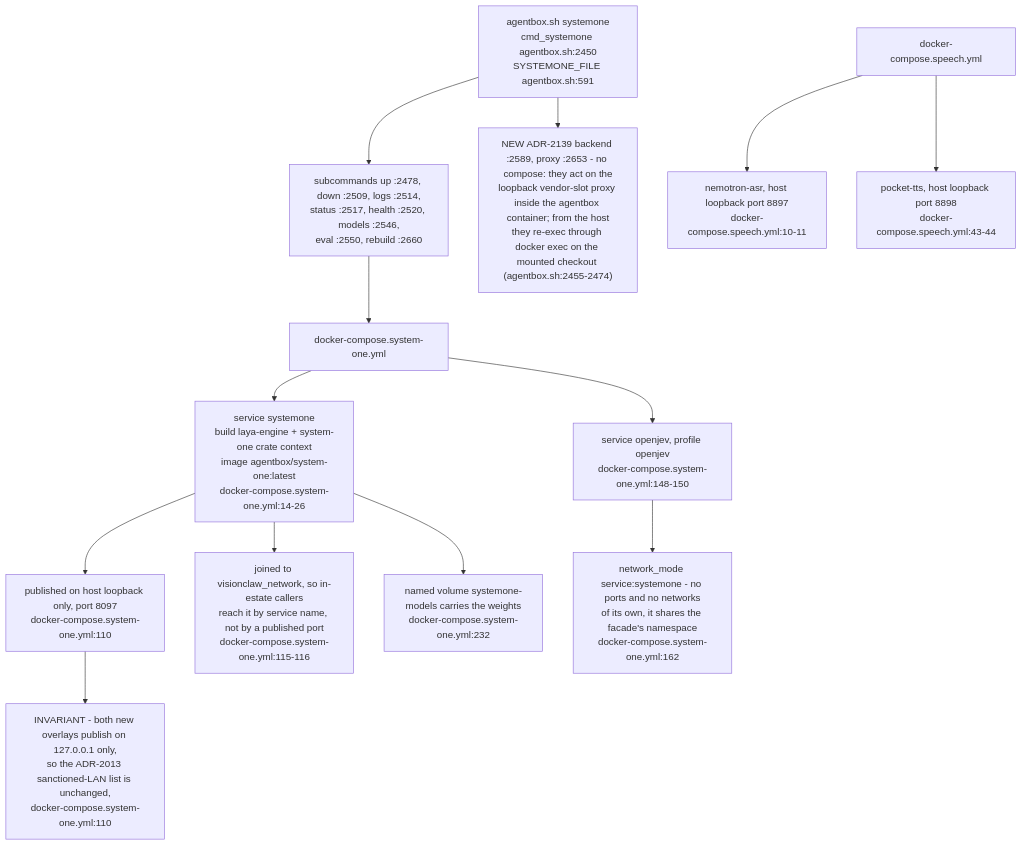
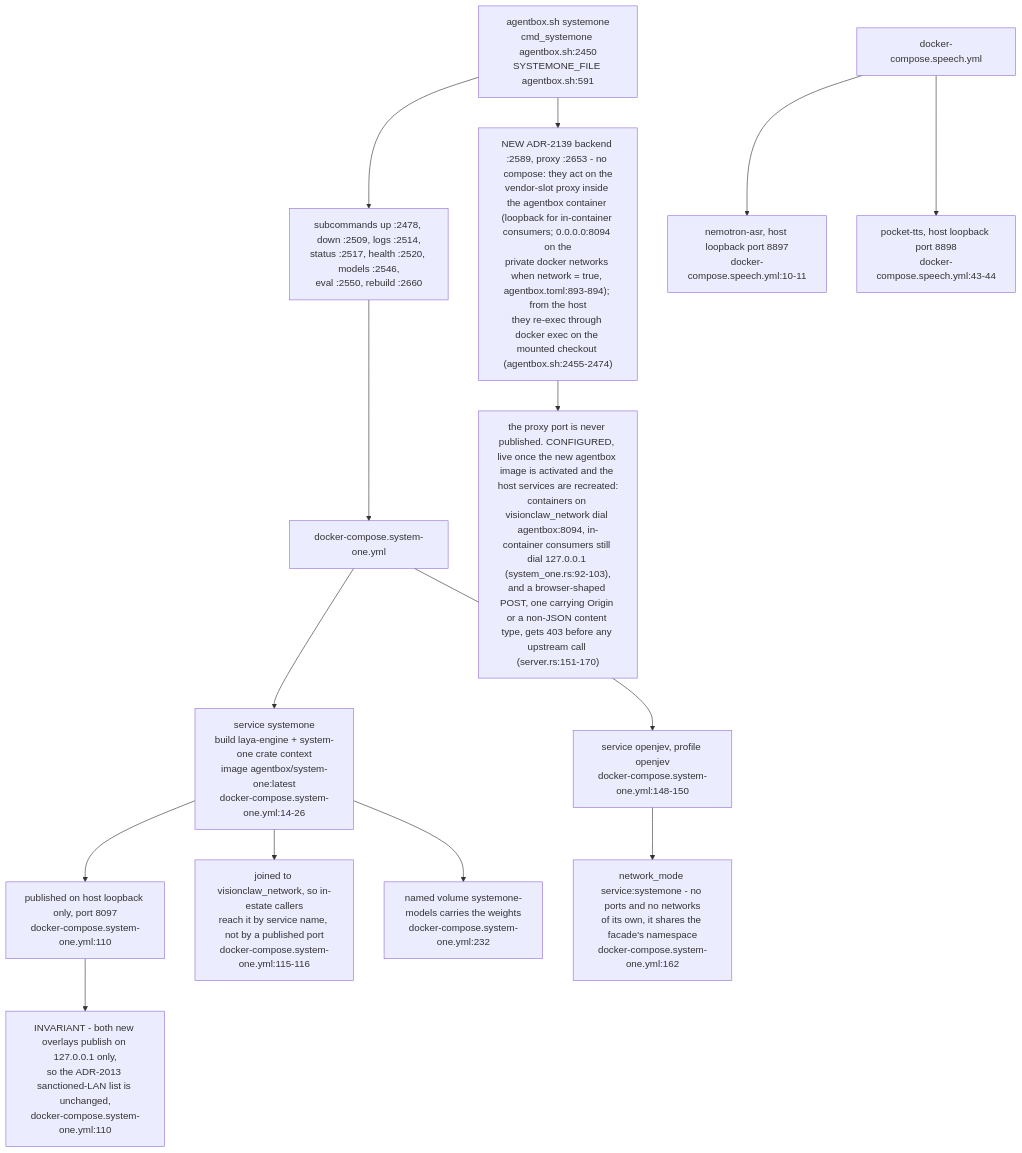
One commit to DreamLab-AI/VisionFlow changed the tenth of 14 diagrams in docs/diagrams/agentbox/06-sidecars-and-compose-overlays.md. Above: the diagram before and after it, drawn with Mermaid. The commit also changed other lines of this file and 142 other files, not shown here.

First line of the commit message:
docs(diagrams): one System One route; re-verify 140 topics at today's heads

````diff
--- a/docs/diagrams/agentbox/06-sidecars-and-compose-overlays.md
+++ b/docs/diagrams/agentbox/06-sidecars-and-compose-overlays.md
@@ -294,19 +297,20 @@
 ```mermaid
 flowchart TB
     CLI["agentbox.sh systemone<br/>cmd_systemone agentbox.sh:2450<br/>SYSTEMONE_FILE agentbox.sh:591"] --> SUB["subcommands up :2478, down :2509, logs :2514,<br/>status :2517, health :2520, models :2546,<br/>eval :2550, rebuild :2660"]
-    CLI --> VEND["NEW ADR-2139 backend :2589, proxy :2653 - no compose: they act on the<br/>loopback vendor-slot proxy inside the agentbox container; from the host<br/>they re-exec through docker exec on the mounted checkout (agentbox.sh:2455-2474)"]
+    CLI --> VEND["NEW ADR-2139 backend :2589, proxy :2653 - no compose: they act on the<br/>vendor-slot proxy inside the agentbox container (loopback for in-container consumers; 0.0.0.0:8094 on the<br/>private docker networks when network = true, agentbox.toml:893-894); from the host<br/>they re-exec through docker exec on the mounted checkout (agentbox.sh:2455-2474)"]
     SUB --> COMPOSE["docker-compose.system-one.yml"]
 
     COMPOSE --> FACADE["service systemone<br/>build laya-engine + system-one crate context<br/>image agentbox/system-one:latest<br/>docker-compose.system-one.yml:14-26"]
     FACADE --> PUB["published on host loopback only, port 8097<br/>docker-compose.system-one.yml:110"]
     FACADE --> NET["joined to visionclaw_network, so in-estate callers<br/>reach it by service name, not by a published port<br/>docker-compose.system-one.yml:115-116"]
     FACADE --> VOL["named volume systemone-models carries the weights<br/>docker-compose.system-one.yml:232"]
 
     COMPOSE --> ENGINE["service openjev, profile openjev<br/>docker-compose.system-one.yml:148-150"]
     ENGINE --> NM["network_mode service:systemone - no ports and no networks<br/>of its own, it shares the facade's namespace<br/>docker-compose.system-one.yml:162"]
 
     SPEECH["docker-compose.speech.yml"] --> ASR["nemotron-asr, host loopback port 8897<br/>docker-compose.speech.yml:10-11"]
     SPEECH --> TTS["pocket-tts, host loopback port 8898<br/>docker-compose.speech.yml:43-44"]
 
     PUB --> INV["INVARIANT - both new overlays publish on 127.0.0.1 only,<br/>so the ADR-2013 sanctioned-LAN list is unchanged,<br/>docker-compose.system-one.yml:110"]
+    VEND --> PNET["the proxy port is never published. CONFIGURED, live once the new agentbox image is activated and the host services are recreated:<br/>containers on visionclaw_network dial agentbox:8094, in-container consumers still dial 127.0.0.1 (system_one.rs:92-103),<br/>and a browser-shaped POST, one carrying Origin or a non-JSON content type, gets 403 before any upstream call (server.rs:151-170)"]
 ```
````
